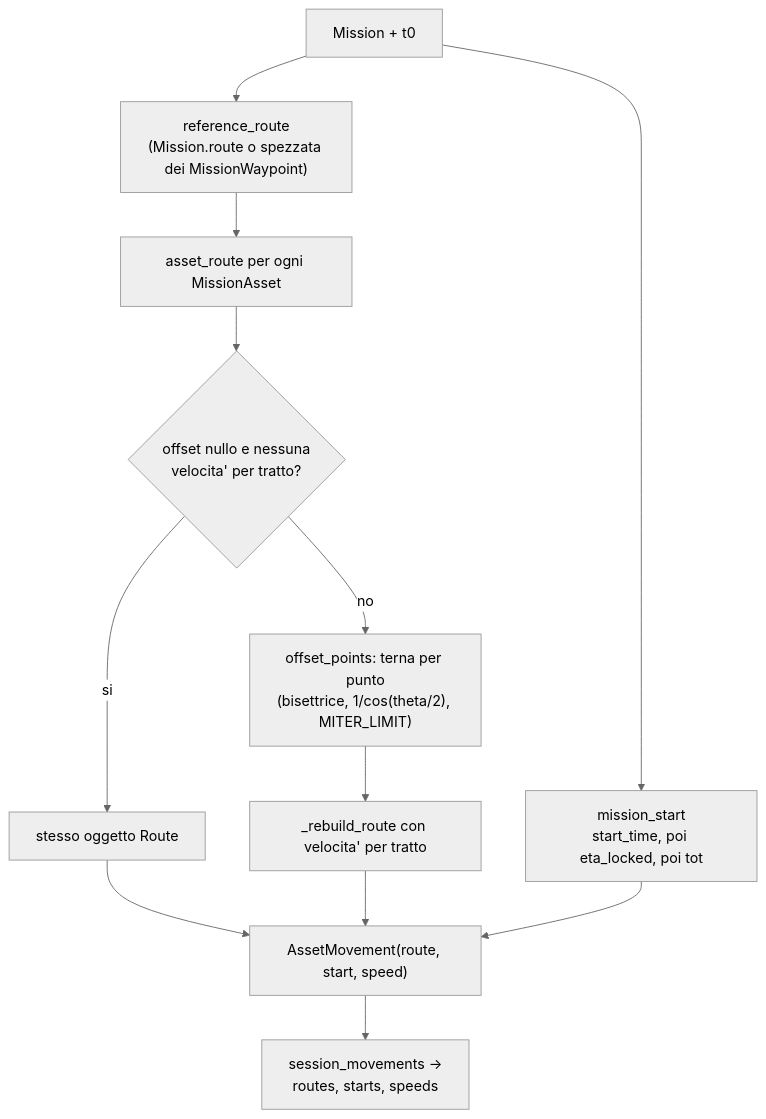
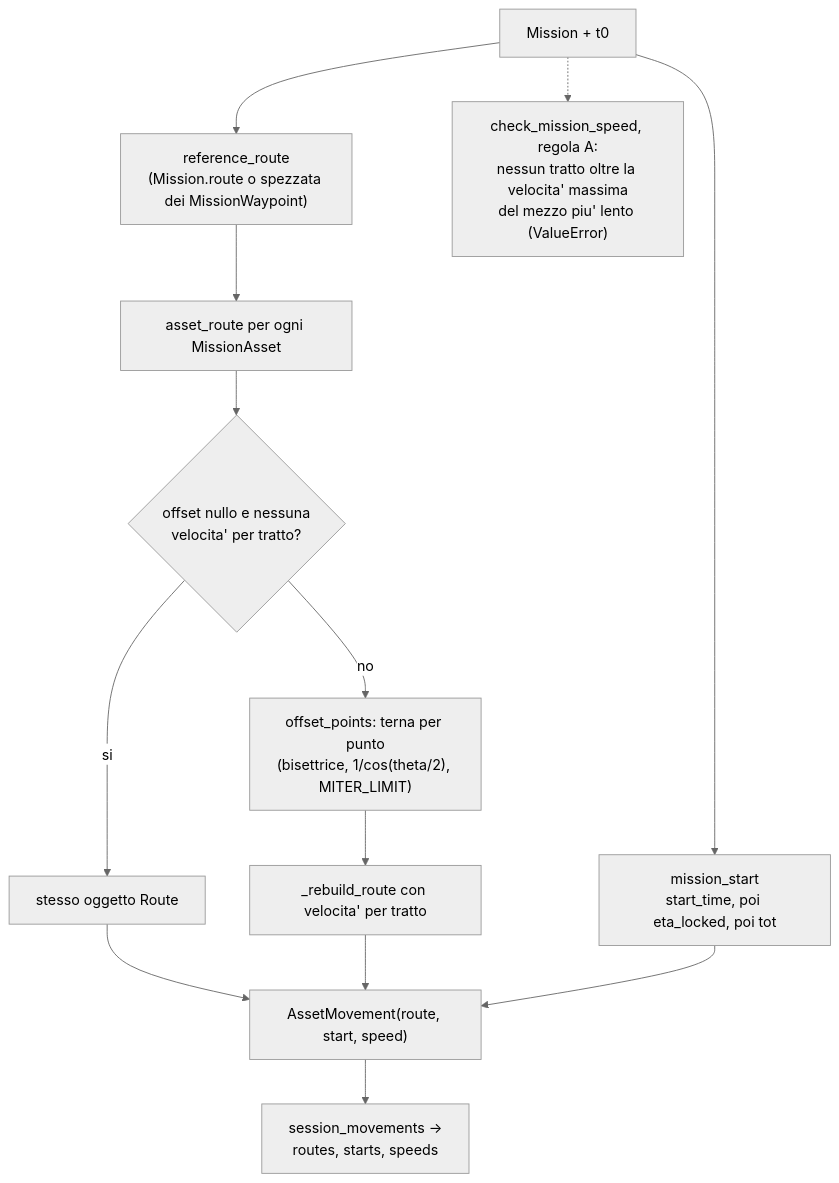
The fourth of 9 diagrams in Analysis/Document/Manuale_Motore_DES/07_Orchestratore_Session_Simulator.md (MakusIV/Warfare-Model), drawn with Mermaid (neutral theme) before and after one commit. The commit also changed other lines of this file and 11 other files, not shown here.

````diff
--- a/Analysis/Document/Manuale_Motore_DES/07_Orchestratore_Session_Simulator.md
+++ b/Analysis/Document/Manuale_Motore_DES/07_Orchestratore_Session_Simulator.md
@@ -387,14 +464,15 @@
 ```mermaid
 flowchart TD
     MI["Mission + t0"] --> RR["reference_route<br/>(Mission.route o spezzata dei MissionWaypoint)"]
+    MI -.-> RA["check_mission_speed, regola A:<br/>nessun tratto oltre la velocita' massima<br/>del mezzo piu' lento (ValueError)"]
     MI --> MS["mission_start<br/>start_time, poi eta_locked, poi tot"]
     RR --> AR["asset_route per ogni MissionAsset"]
     AR --> Z{"offset nullo e nessuna<br/>velocita' per tratto?"}
     Z -->|si| SAME["stesso oggetto Route"]
     Z -->|no| OFF["offset_points: terna per punto<br/>(bisettrice, 1/cos(theta/2), MITER_LIMIT)"]
     OFF --> REB["_rebuild_route con velocita' per tratto"]
     SAME --> MOV["AssetMovement(route, start, speed)"]
     REB --> MOV
     MS --> MOV
     MOV --> SM["session_movements -><br/>routes, starts, speeds"]
 ```
````
